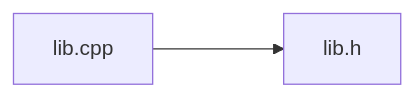
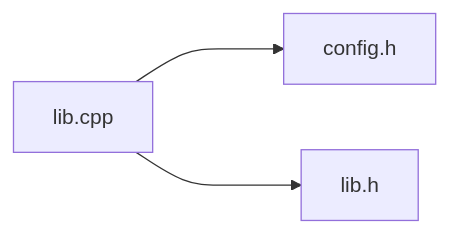
The diagram in asc_bin/ast/.asc/ast/flowchart.md (ascpkg/asc), drawn with Mermaid before and after one commit. The commit also changed 11 other files, not shown here.

````diff
--- a/asc_bin/ast/.asc/ast/flowchart.md
+++ b/asc_bin/ast/.asc/ast/flowchart.md
@@ -1,4 +1,5 @@
 ```mermaid
 flowchart LR;
+    lib.cpp ---> config.h;
     lib.cpp ---> lib.h;
 ```
````
